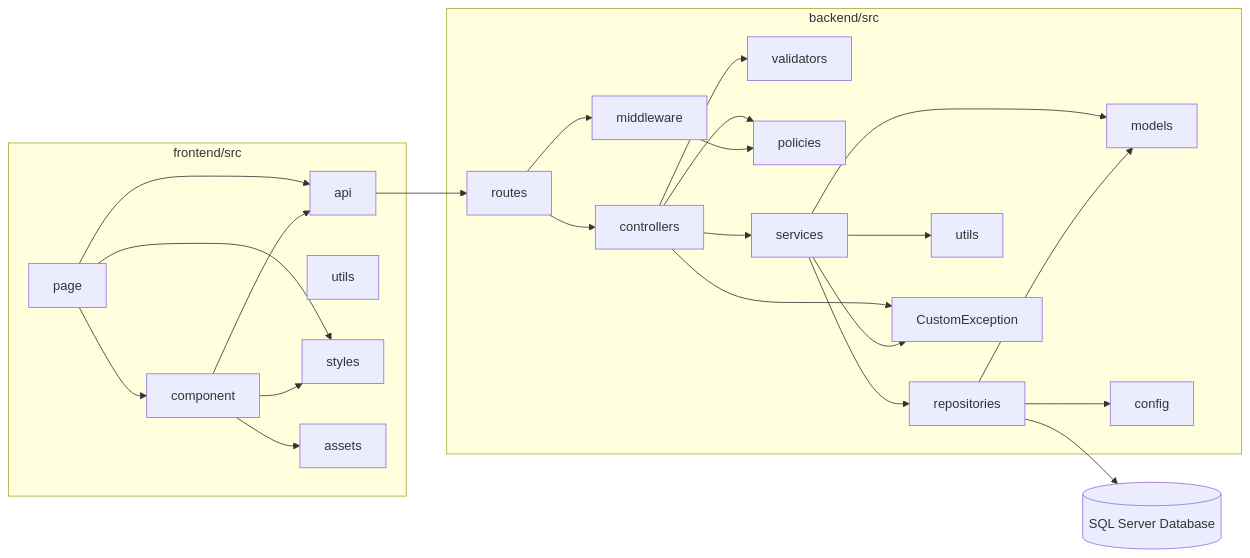
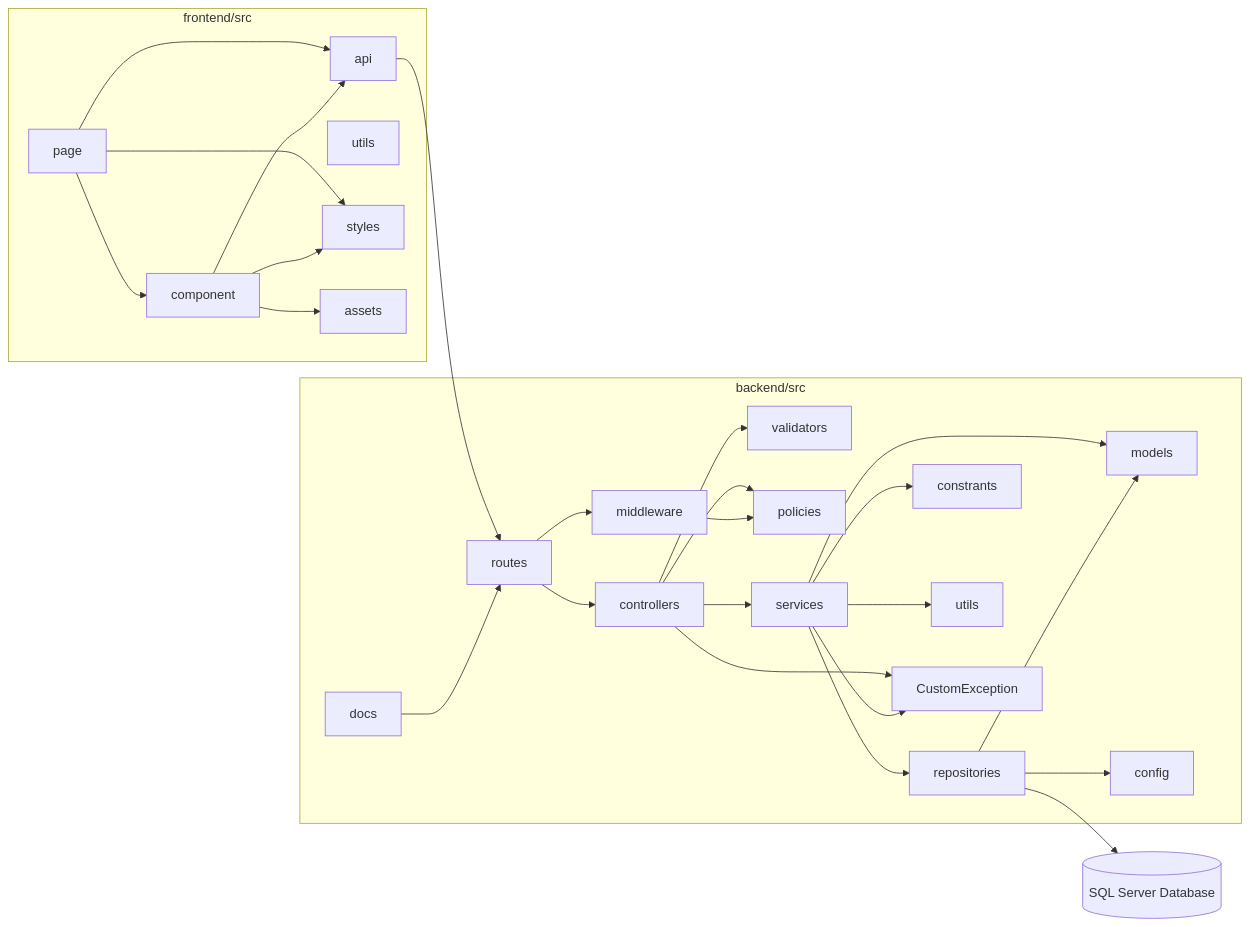
Before and after one commit to SWP391-LibraryManagement/LibraryManagement: the first of 22 diagrams in document/SDS.md, drawn with Mermaid. The commit also changed other lines of this file and 1 other file, not shown here.

````diff
--- a/document/SDS.md
+++ b/document/SDS.md
@@ -123,50 +123,54 @@
 ```mermaid
 flowchart LR
   subgraph Frontend["frontend/src"]
     FEPage["page"]
     FEComponent["component"]
     FEApi["api"]
     FEUtils["utils"]
     FEStyles["styles"]
     FEAssets["assets"]
   end
 
   subgraph Backend["backend/src"]
     Routes["routes"]
     Middleware["middleware"]
     Controllers["controllers"]
     Validators["validators"]
     Policies["policies"]
     Services["services"]
     Repositories["repositories"]
     Models["models"]
     Config["config"]
+    Constants["constrants"]
+    BEDocs["docs"]
     BEUtils["utils"]
     Exceptions["CustomException"]
   end
 
   Database[("SQL Server Database")]
 
   FEPage --> FEComponent
   FEPage --> FEApi
   FEComponent --> FEApi
   FEPage --> FEStyles
   FEComponent --> FEStyles
   FEComponent --> FEAssets
   FEApi --> Routes
 
   Routes --> Middleware
   Routes --> Controllers
   Controllers --> Validators
   Controllers --> Policies
   Controllers --> Services
   Middleware --> Policies
   Services --> Repositories
   Services --> Models
   Services --> BEUtils
+  Services --> Constants
   Repositories --> Config
   Repositories --> Models
   Repositories --> Database
+  BEDocs --> Routes
   Controllers --> Exceptions
   Services --> Exceptions
 ```
````
